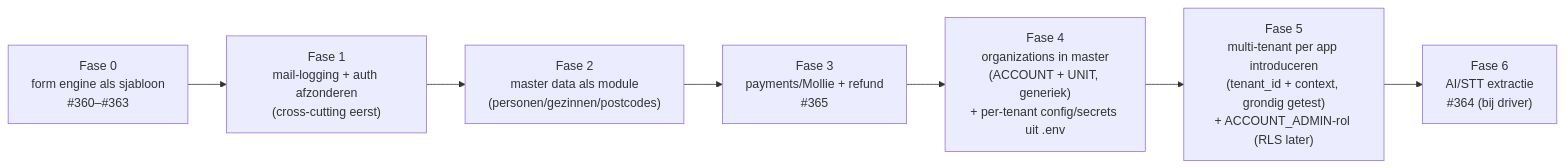
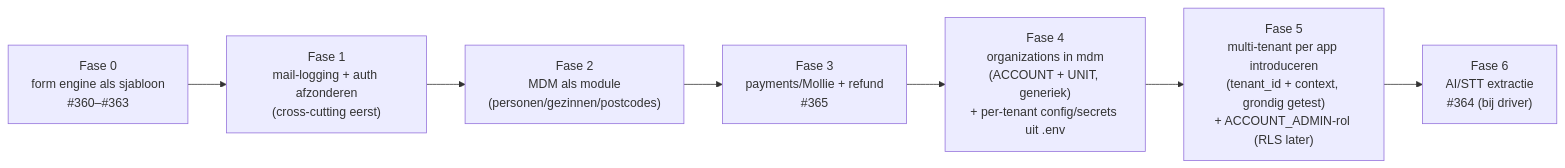
The tenth of 10 diagrams in docs/intermediate-architecture-upgrade-v1.md (KoenRenders/KoenTest), drawn with Mermaid before and after one commit. The commit also changed other lines of this file, not shown here.

First line of the commit message:
docs: architecture v1 — componenten scherpgesteld + master→MDM

````diff
--- a/docs/intermediate-architecture-upgrade-v1.md
+++ b/docs/intermediate-architecture-upgrade-v1.md
@@ -415,10 +608,10 @@
 ```mermaid
 flowchart LR
   P0["Fase 0<br/>form engine als sjabloon<br/>#360–#363"] --> P1
   P1["Fase 1<br/>mail-logging + auth afzonderen<br/>(cross-cutting eerst)"] --> P2
-  P2["Fase 2<br/>master data als module<br/>(personen/gezinnen/postcodes)"] --> P3
+  P2["Fase 2<br/>MDM als module<br/>(personen/gezinnen/postcodes)"] --> P3
   P3["Fase 3<br/>payments/Mollie + refund<br/>#365"] --> P4
-  P4["Fase 4<br/>organizations in master<br/>(ACCOUNT + UNIT, generiek)<br/>+ per-tenant config/secrets uit .env"] --> P5
+  P4["Fase 4<br/>organizations in mdm<br/>(ACCOUNT + UNIT, generiek)<br/>+ per-tenant config/secrets uit .env"] --> P5
   P5["Fase 5<br/>multi-tenant per app introduceren<br/>(tenant_id + context, grondig getest)<br/>+ ACCOUNT_ADMIN-rol (RLS later)"] --> P6
   P6["Fase 6<br/>AI/STT extractie<br/>#364 (bij driver)"]
 ```
````
